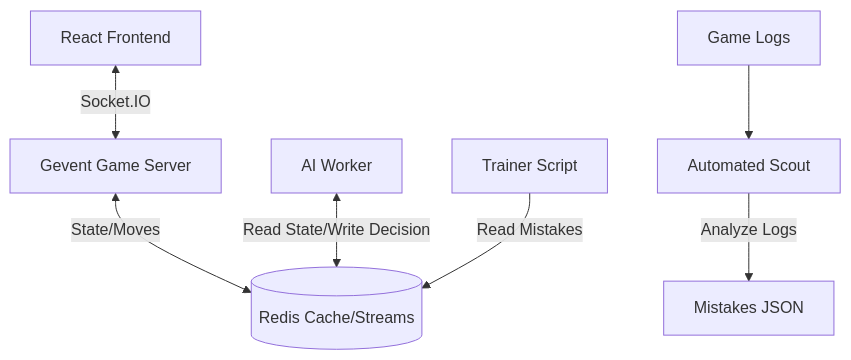
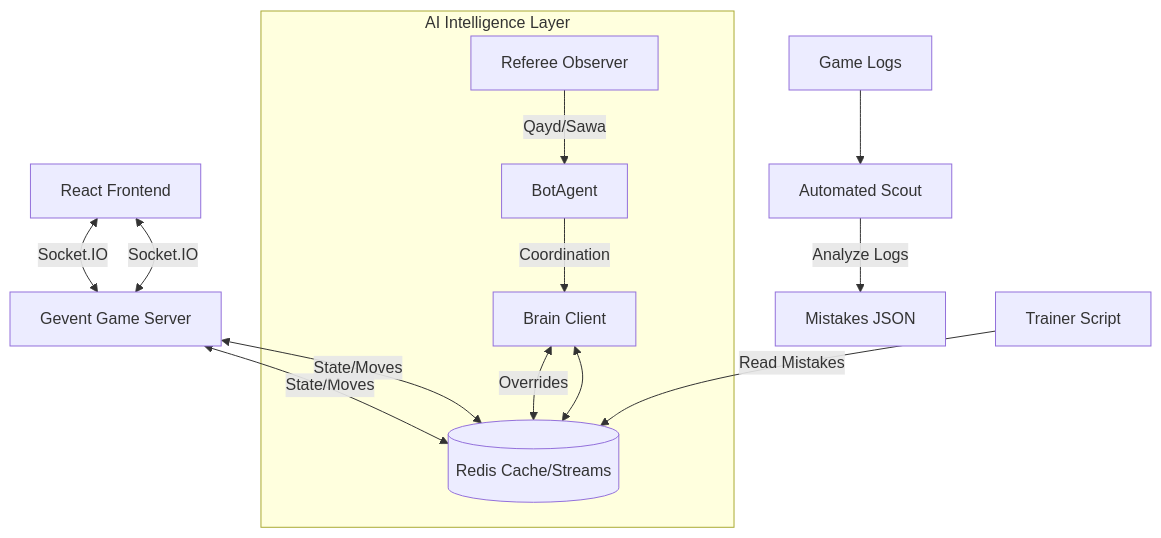
Before and after one commit to tazjel/baloot-ai: the diagram in docs/ARCHITECTURE.md, drawn with Mermaid. The commit also changed other lines of this file and 100 other files, not shown here.

````diff
--- a/docs/ARCHITECTURE.md
+++ b/docs/ARCHITECTURE.md
@@ -6,9 +6,18 @@
 ```mermaid
 graph TD
     Client[React Frontend] <-->|Socket.IO| Server[Gevent Game Server]
     Server <-->|State/Moves| Redis[(Redis Cache/Streams)]
-    Brain[AI Worker] <-->|Read State/Write Decision| Redis
+    Client[React Frontend] <-->|Socket.IO| Server[Gevent Game Server]
+    Server <-->|State/Moves| Redis[(Redis Cache/Streams)]
+    
+    subgraph AI_Worker["AI Intelligence Layer"]
+        BrainClient[Brain Client] <-->|Overrides| Redis
+        Referee[Referee Observer] -->|Qayd/Sawa| BotAgent
+        BotAgent -->|Coordination| BrainClient
+    end
+    
+    BrainClient <--> Redis
     Scout[Automated Scout] -->|Analyze Logs| Mistakes[Mistakes JSON]
     Trainer[Trainer Script] -->|Read Mistakes| Redis
     Logs[Game Logs] --> Scout
 ```
````
